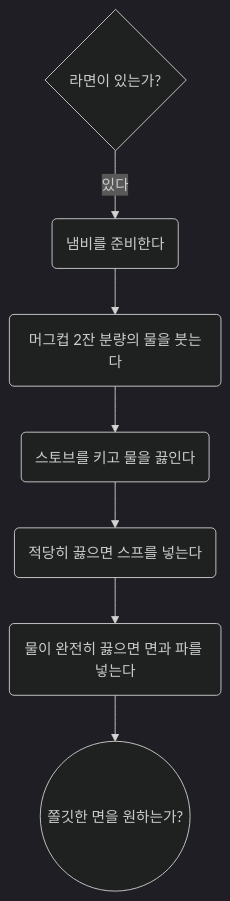
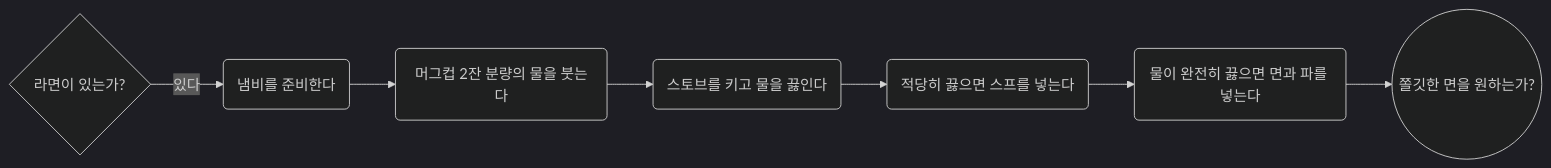
The second of 2 diagrams in README.md (junep16/mermaid-test), drawn with Mermaid (dark theme) before and after one commit.

````diff
--- a/README.md
+++ b/README.md
@@ -15,9 +15,9 @@
 ```mermaid
-	flowchart TB
+	flowchart LR
 		A{라면이 있는가?} -->|있다| B(냄비를 준비한다)
 			B -->C(머그컵 2잔 분량의 물을 붓는다)
 			C -->E(스토브를 키고 물을 끓인다)
 			E -->F(적당히 끓으면 스프를 넣는다)
 			F -->G(물이 완전히 끓으면 면과 파를 넣는다)
 			G -->H((쫄깃한 면을 원하는가?))
 ```
````
